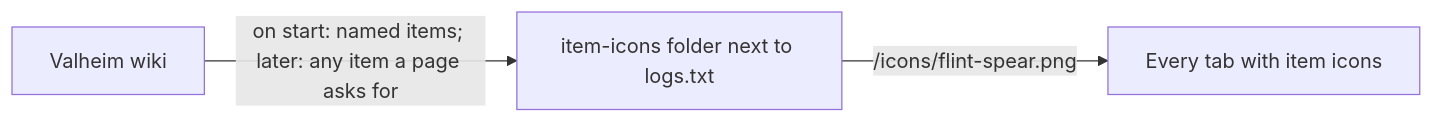
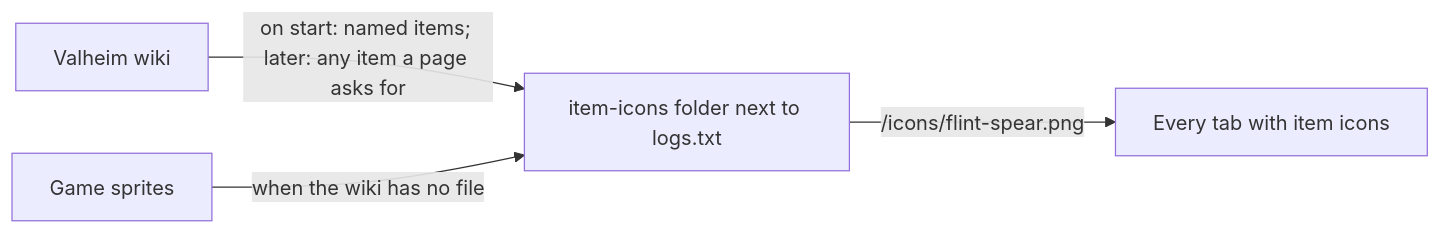
Diagram 14 of 22 in docs/architecture.md (cristiadu/valheim-dashboard), drawn with Mermaid before and after one commit. The commit also changed other lines of this file and 19 other files, not shown here.

````diff
--- a/docs/architecture.md
+++ b/docs/architecture.md
@@ -278,5 +280,6 @@
 ```mermaid
 flowchart LR
   wiki[Valheim wiki] -->|on start: named items; later: any item a page asks for| icons["item-icons folder next to logs.txt"]
+  game[Game sprites] -->|when the wiki has no file| icons
   icons -->|/icons/flint-spear.png| pages[Every tab with item icons]
 ```
````
